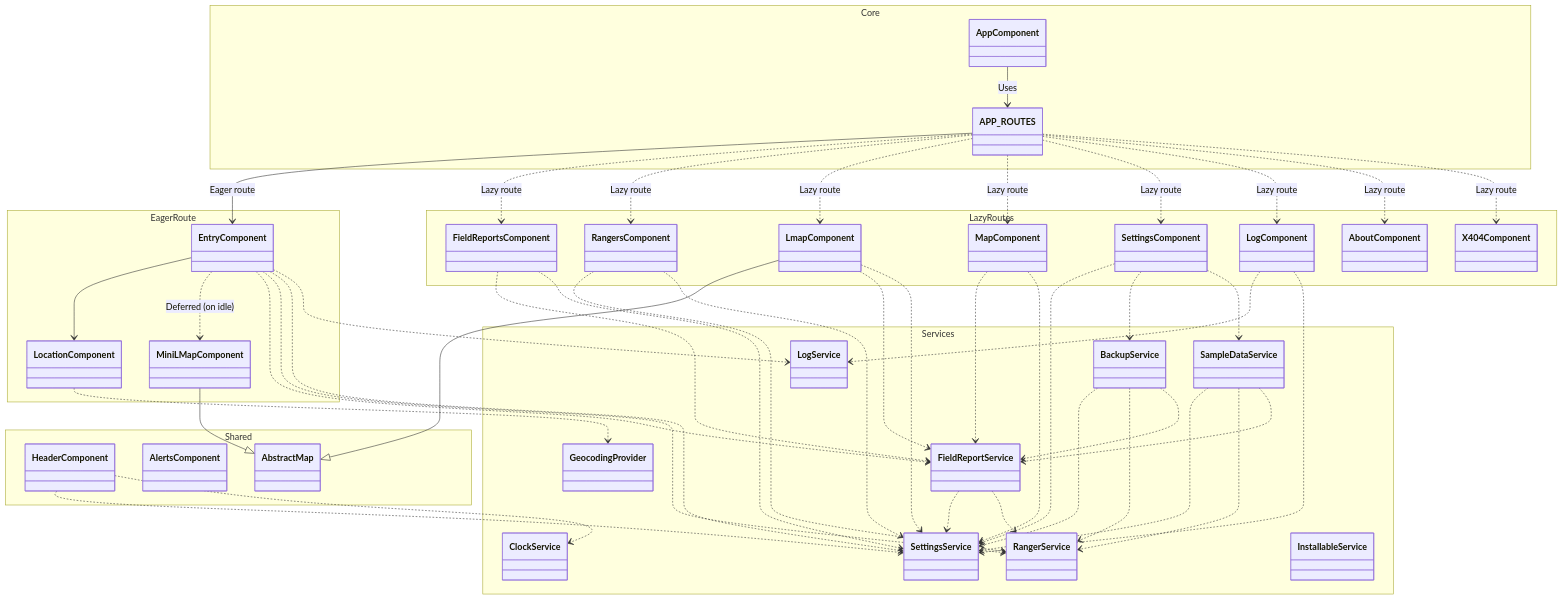
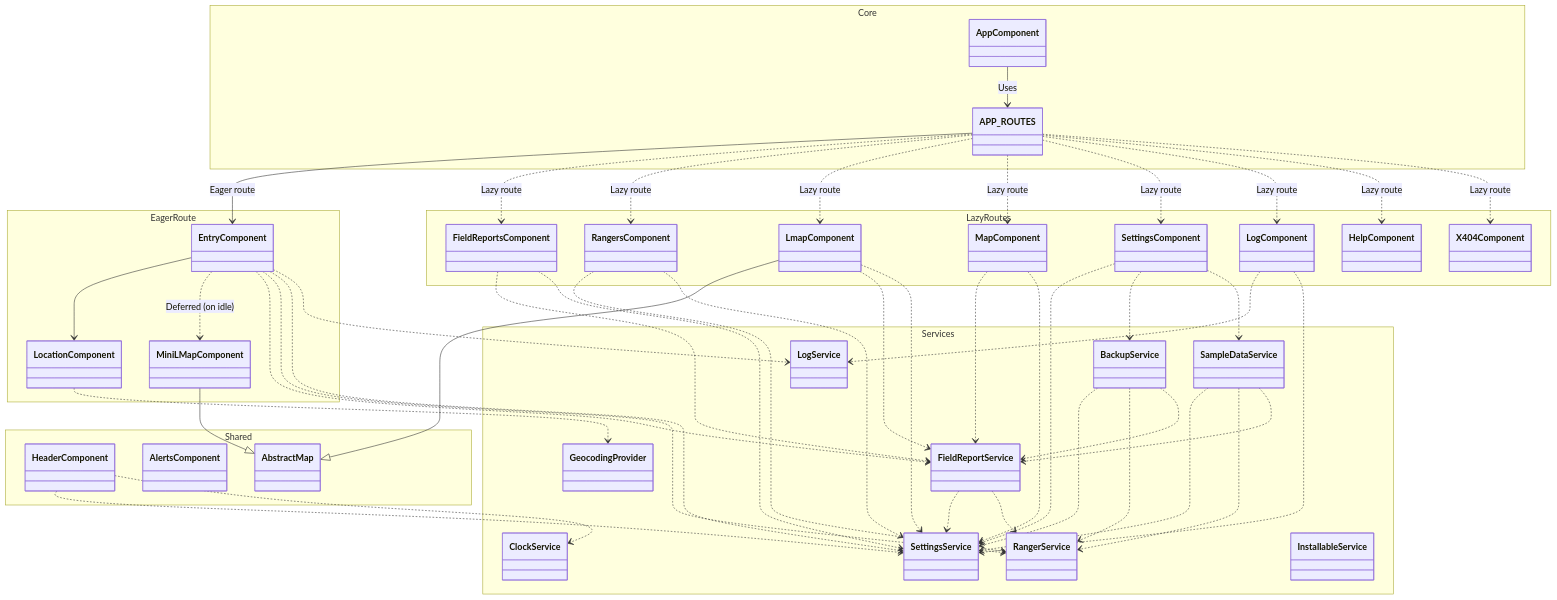
The diagram in ARCHITECTURE.md (EOCOnline/rangertrak), drawn with Mermaid before and after one commit. The commit also changed other lines of this file and 16 other files, not shown here.

Commit message:
Rename About component to Help

```diff
--- a/ARCHITECTURE.md
+++ b/ARCHITECTURE.md
@@ -249,7 +249,7 @@
         class MapComponent
         class SettingsComponent
         class LogComponent
-        class AboutComponent
+        class HelpComponent
         class X404Component
     }
 
@@ -280,7 +280,7 @@
     APP_ROUTES ..> MapComponent : Lazy route
     APP_ROUTES ..> SettingsComponent : Lazy route
     APP_ROUTES ..> LogComponent : Lazy route
-    APP_ROUTES ..> AboutComponent : Lazy route
+    APP_ROUTES ..> HelpComponent : Lazy route
     APP_ROUTES ..> X404Component : Lazy route
 
     EntryComponent --> LocationComponent
```
